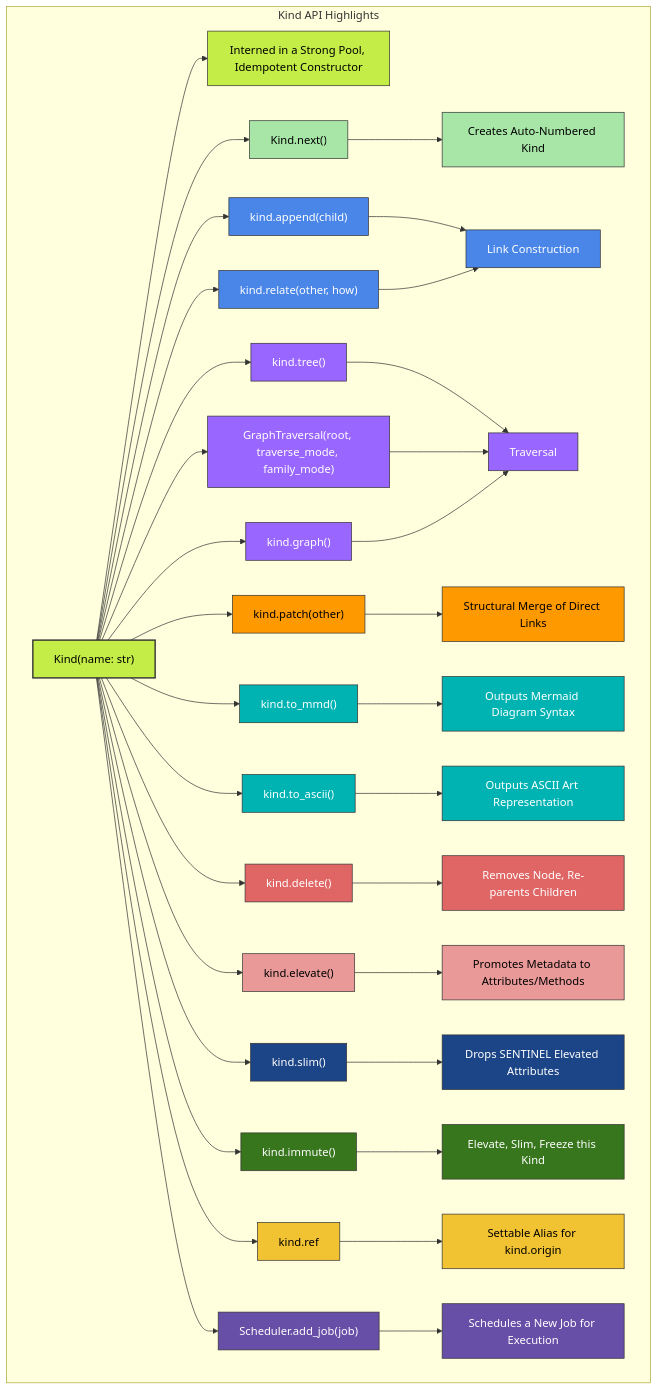
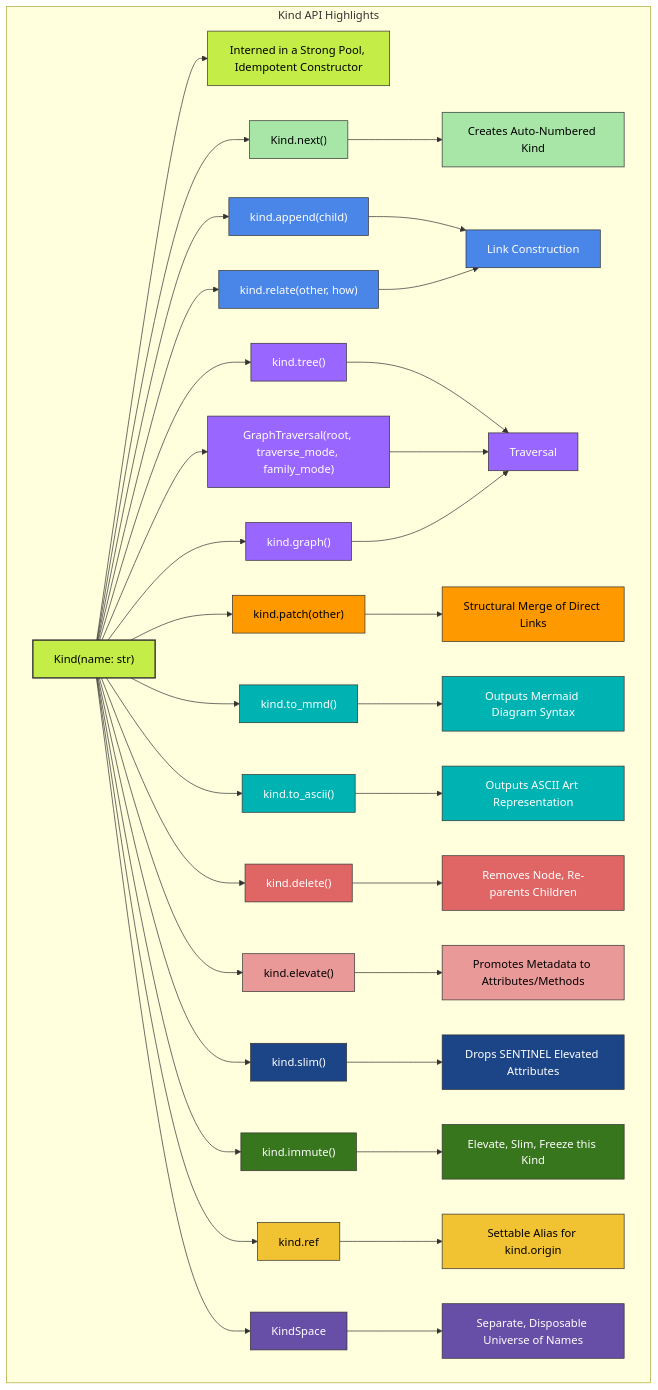
Before and after one commit to ikko/kind: the diagram in docs/topics/8_api_highlights/api_overview.mmd, drawn with Mermaid. The commit also changed 78 other files, not shown here.

First line of the commit message:
v0.2.0: KindSpace makes the global state explicit; time is opt-in; scheduling is its own package

```diff
--- a/docs/topics/8_api_highlights/api_overview.mmd
+++ b/docs/topics/8_api_highlights/api_overview.mmd
@@ -1,88 +1,88 @@
 
 graph
     subgraph "Kind API Highlights"
         A[Kind#40;name: str#41;] --> B[Interned in a Strong Pool, Idempotent Constructor];
         A --> C[Kind.next#40;#41;];
         C --> D[Creates Auto-Numbered Kind];
         A --> E[kind.append#40;child#41;];
         A --> F[kind.relate#40;other, how#41;];
         E --> G[Link Construction];
         F --> G;
         A --> H[kind.tree#40;#41;];
         A --> I[GraphTraversal#40;root, traverse_mode, family_mode#41;];
         A --> J[kind.graph#40;#41;];
         H --> K[Traversal];
         I --> K;
         J --> K;
         A --> L[kind.patch#40;other#41;];
         L --> M[Structural Merge of Direct Links];
         A --> N[kind.to_mmd#40;#41;];
         N --> O[Outputs Mermaid Diagram Syntax];
         A --> P[kind.to_ascii#40;#41;];
         P --> Q[Outputs ASCII Art Representation];
         A --> R[kind.delete#40;#41;];
         R --> S[Removes Node, Re-parents Children];
         A --> T[kind.elevate#40;#41;];
         T --> U[Promotes Metadata to Attributes/Methods];
         A --> V[kind.slim#40;#41;];
         V --> W[Drops SENTINEL Elevated Attributes];
         A --> X[kind.immute#40;#41;];
         X --> Y[Elevate, Slim, Freeze this Kind];
         A --> Z[kind.ref];
         Z --> AA[Settable Alias for kind.origin];
-        A --> AB[Scheduler.add_job#40;job#41;];
-        AB --> AC[Schedules a New Job for Execution];
+        A --> AB[KindSpace];
+        AB --> AC[Separate, Disposable Universe of Names];
     end
 
     %% Main Kind node
     style A fill:#c4ed48,stroke:#333,stroke-width:2px,color:#000000;
     style B fill:#c4ed48,stroke:#333,stroke-width:1px,color:#000000;
 
     %% Kind creation group - light green
     style C fill:#a8e6a8,stroke:#333,stroke-width:1px,color:#000000;
     style D fill:#a8e6a8,stroke:#333,stroke-width:1px,color:#000000;
 
     %% Relationship management group - blue
     style E fill:#4a86e8,stroke:#333,stroke-width:1px,color:#ffffff;
     style F fill:#4a86e8,stroke:#333,stroke-width:1px,color:#ffffff;
     style G fill:#4a86e8,stroke:#333,stroke-width:1px,color:#ffffff;
 
     %% Traversal group - purple
     style H fill:#9966ff,stroke:#333,stroke-width:1px,color:#ffffff;
     style I fill:#9966ff,stroke:#333,stroke-width:1px,color:#ffffff;
     style J fill:#9966ff,stroke:#333,stroke-width:1px,color:#ffffff;
     style K fill:#9966ff,stroke:#333,stroke-width:1px,color:#ffffff;
 
     %% Data manipulation group - orange
     style L fill:#ff9900,stroke:#333,stroke-width:1px,color:#000000;
     style M fill:#ff9900,stroke:#333,stroke-width:1px,color:#000000;
 
     %% Visualization group - teal
     style N fill:#00b3b3,stroke:#333,stroke-width:1px,color:#ffffff;
     style O fill:#00b3b3,stroke:#333,stroke-width:1px,color:#ffffff;
     style P fill:#00b3b3,stroke:#333,stroke-width:1px,color:#ffffff;
     style Q fill:#00b3b3,stroke:#333,stroke-width:1px,color:#ffffff;
 
     %% Node management group - red
     style R fill:#e06666,stroke:#333,stroke-width:1px,color:#ffffff;
     style S fill:#e06666,stroke:#333,stroke-width:1px,color:#ffffff;
 
     %% Metadata management group - pink
     style T fill:#ea9999,stroke:#333,stroke-width:1px,color:#000000;
     style U fill:#ea9999,stroke:#333,stroke-width:1px,color:#000000;
 
     %% Optimization group - dark blue
     style V fill:#1c4587,stroke:#333,stroke-width:1px,color:#ffffff;
     style W fill:#1c4587,stroke:#333,stroke-width:1px,color:#ffffff;
 
     %% Lifecycle management group - dark green
     style X fill:#38761d,stroke:#333,stroke-width:1px,color:#ffffff;
     style Y fill:#38761d,stroke:#333,stroke-width:1px,color:#ffffff;
 
     %% Reference management group - gold
     style Z fill:#f1c232,stroke:#333,stroke-width:1px,color:#000000;
     style AA fill:#f1c232,stroke:#333,stroke-width:1px,color:#000000;
 
-    %% Scheduling group - dark purple
+    %% Spaces group - dark purple
     style AB fill:#674ea7,stroke:#333,stroke-width:1px,color:#ffffff;
     style AC fill:#674ea7,stroke:#333,stroke-width:1px,color:#ffffff;
```
